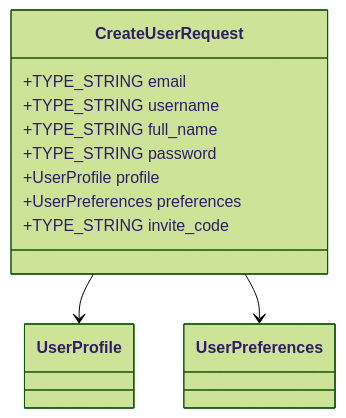
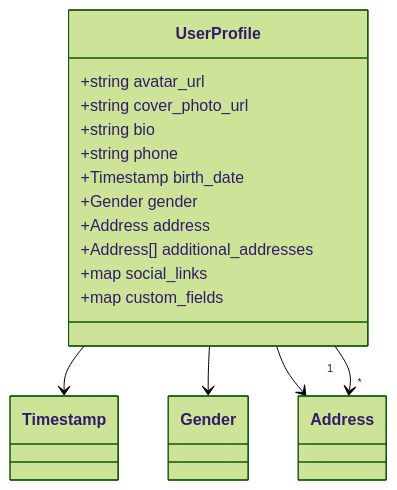
Diagram 35 of 47 in test-monorepo/docs/consolidated/UserService.md (kyivinua/root), drawn with Mermaid (forest theme) before and after one commit. The commit also changed other lines of this file and 5 other files, not shown here.

````diff
--- a/test-monorepo/docs/consolidated/UserService.md
+++ b/test-monorepo/docs/consolidated/UserService.md
@@ -689,14 +1739,19 @@
 ```mermaid
 classDiagram
-    class CreateUserRequest {
-        +TYPE_STRING email
-        +TYPE_STRING username
-        +TYPE_STRING full_name
-        +TYPE_STRING password
-        +UserProfile profile
-        +UserPreferences preferences
-        +TYPE_STRING invite_code
+    class UserProfile {
+        +string avatar_url
+        +string cover_photo_url
+        +string bio
+        +string phone
+        +Timestamp birth_date
+        +Gender gender
+        +Address address
+        +Address[] additional_addresses
+        +map<string, string> social_links
+        +map<string, string> custom_fields
     }
-    CreateUserRequest --> UserProfile
-    CreateUserRequest --> UserPreferences
+    UserProfile --> Timestamp
+    UserProfile --> Gender
+    UserProfile --> Address
+    UserProfile "1" --> "*" Address
 ```
````
